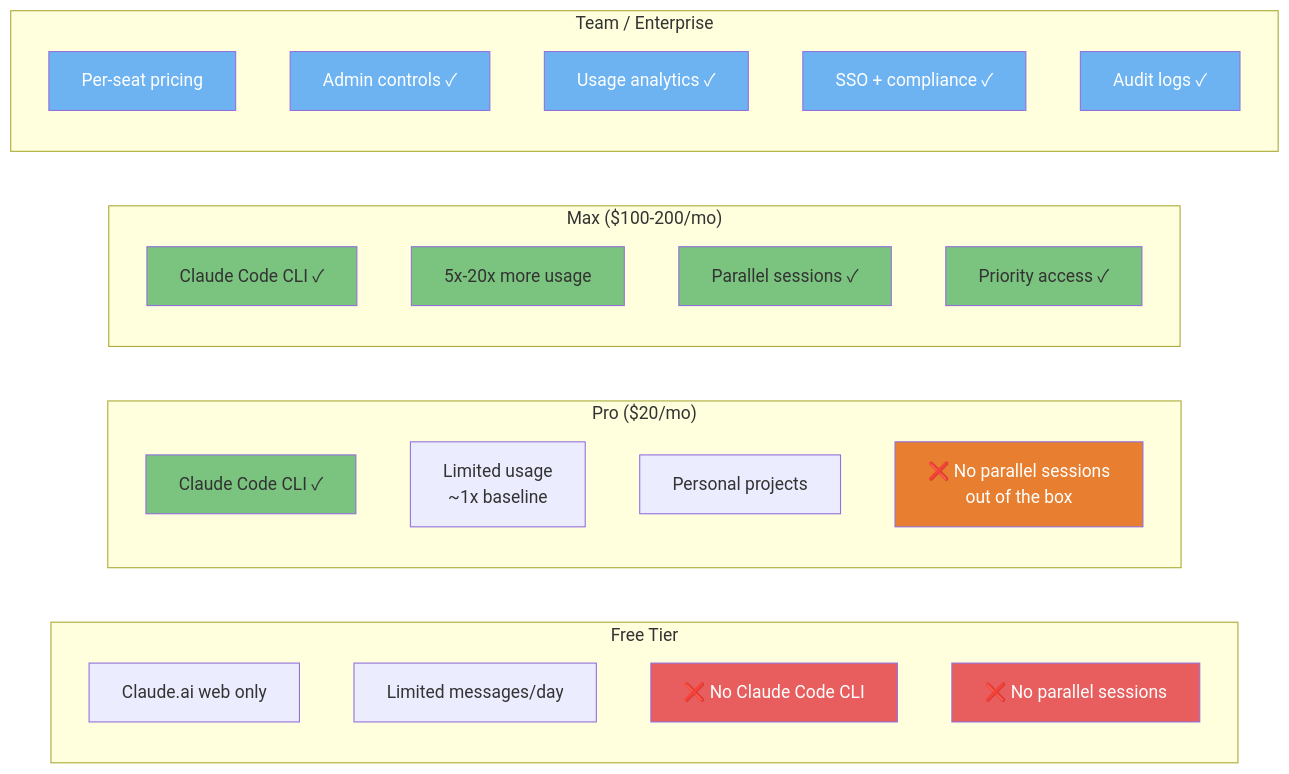
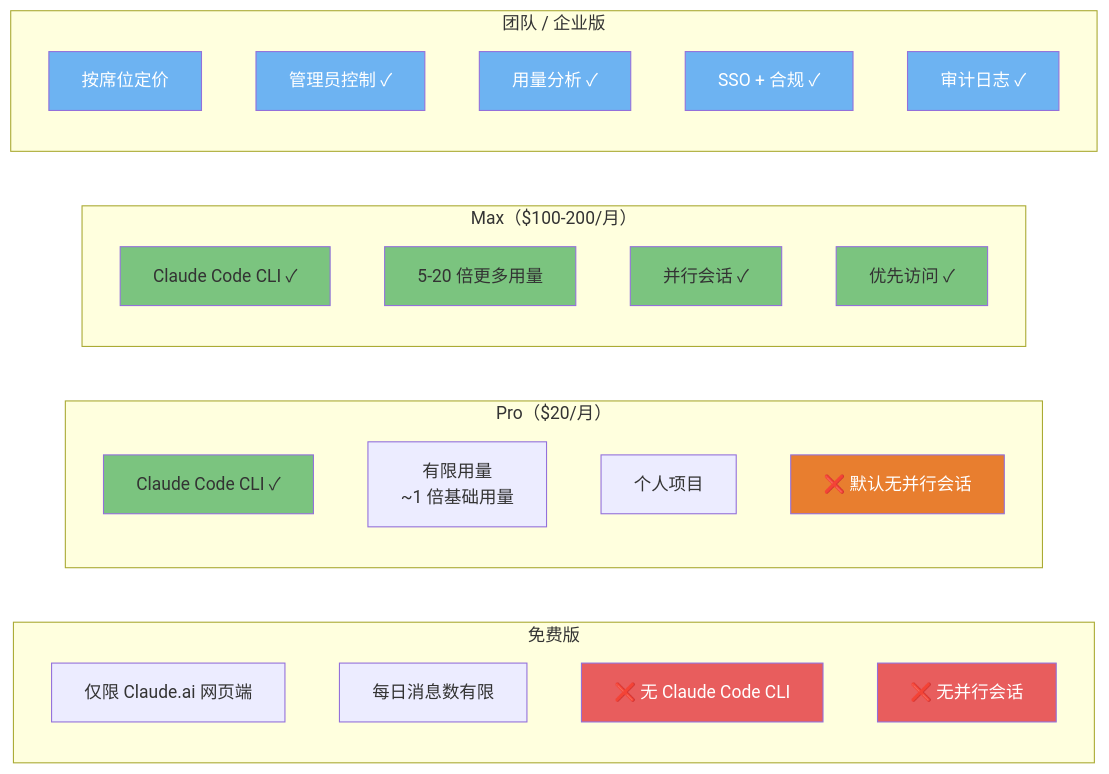
The third of 4 diagrams in claude-code/diagrams/09-cost-and-optimization.md (lawrencewzen/aispark-wiki), drawn with Mermaid before and after one commit. The commit also changed other lines of this file and 82 other files, not shown here.

First line of the commit message:
feat: 完成 claude-code/ 目录全量中文翻译

````diff
--- a/claude-code/diagrams/09-cost-and-optimization.md
+++ b/claude-code/diagrams/09-cost-and-optimization.md
@@ -182,63 +182,63 @@
 ```mermaid
 flowchart LR
-    subgraph FREE["Free Tier"]
-        F1[Claude.ai web only]
-        F2[Limited messages/day]
-        F3[❌ No Claude Code CLI]
-        F4[❌ No parallel sessions]
+    subgraph FREE["免费版"]
+        F1[仅限 Claude.ai 网页端]
+        F2[每日消息数有限]
+        F3[❌ 无 Claude Code CLI]
+        F4[❌ 无并行会话]
     end
 
-    subgraph PRO["Pro ($20/mo)"]
+    subgraph PRO["Pro（$20/月）"]
         P1[Claude Code CLI ✓]
-        P2[Limited usage<br/>~1x baseline]
-        P3[Personal projects]
-        P4[❌ No parallel sessions<br/>out of the box]
+        P2[有限用量<br/>~1 倍基础用量]
+        P3[个人项目]
+        P4[❌ 默认无并行会话]
     end
 
-    subgraph MAX["Max ($100-200/mo)"]
+    subgraph MAX["Max（$100-200/月）"]
         M1[Claude Code CLI ✓]
-        M2[5x-20x more usage]
-        M3[Parallel sessions ✓]
-        M4[Priority access ✓]
+        M2[5-20 倍更多用量]
+        M3[并行会话 ✓]
+        M4[优先访问 ✓]
     end
 
-    subgraph TEAM["Team / Enterprise"]
-        T1[Per-seat pricing]
-        T2[Admin controls ✓]
-        T3[Usage analytics ✓]
-        T4[SSO + compliance ✓]
-        T5[Audit logs ✓]
+    subgraph TEAM["团队 / 企业版"]
+        T1[按席位定价]
+        T2[管理员控制 ✓]
+        T3[用量分析 ✓]
+        T4[SSO + 合规 ✓]
+        T5[审计日志 ✓]
     end
 
     style F3 fill:#E85D5D,color:#fff
     style F4 fill:#E85D5D,color:#fff
     style P4 fill:#E87E2F,color:#fff
     style P1 fill:#7BC47F,color:#333
     style M1 fill:#7BC47F,color:#333
     style M2 fill:#7BC47F,color:#333
     style M3 fill:#7BC47F,color:#333
     style M4 fill:#7BC47F,color:#333
     style T1 fill:#6DB3F2,color:#fff
     style T2 fill:#6DB3F2,color:#fff
     style T3 fill:#6DB3F2,color:#fff
     style T4 fill:#6DB3F2,color:#fff
     style T5 fill:#6DB3F2,color:#fff
 
-    click F1 href "https://github.com/claude-code-ultimate-guide/claude-code-ultimate-guide/blob/main/guide/ultimate-guide.md#25-model-selection--thinking-guide" "Free: Claude.ai web only"
-    click F2 href "https://github.com/claude-code-ultimate-guide/claude-code-ultimate-guide/blob/main/guide/ultimate-guide.md#25-model-selection--thinking-guide" "Free: Limited messages"
-    click F3 href "https://github.com/claude-code-ultimate-guide/claude-code-ultimate-guide/blob/main/guide/ultimate-guide.md#25-model-selection--thinking-guide" "Free: No CLI"
-    click F4 href "https://github.com/claude-code-ultimate-guide/claude-code-ultimate-guide/blob/main/guide/ultimate-guide.md#25-model-selection--thinking-guide" "Free: No parallel sessions"
-    click P1 href "https://github.com/claude-code-ultimate-guide/claude-code-ultimate-guide/blob/main/guide/ultimate-guide.md#25-model-selection--thinking-guide" "Pro: Claude Code CLI"
-    click P2 href "https://github.com/claude-code-ultimate-guide/claude-code-ultimate-guide/blob/main/guide/ultimate-guide.md#25-model-selection--thinking-guide" "Pro: Limited usage"
-    click P3 href "https://github.com/claude-code-ultimate-guide/claude-code-ultimate-guide/blob/main/guide/ultimate-guide.md#25-model-selection--thinking-guide" "Pro: Personal projects"
-    click P4 href "https://github.com/claude-code-ultimate-guide/claude-code-ultimate-guide/blob/main/guide/ultimate-guide.md#25-model-selection--thinking-guide" "Pro: No parallel sessions"
-    click M1 href "https://github.com/claude-code-ultimate-guide/claude-code-ultimate-guide/blob/main/guide/ultimate-guide.md#25-model-selection--thinking-guide" "Max: Claude Code CLI"
-    click M2 href "https://github.com/claude-code-ultimate-guide/claude-code-ultimate-guide/blob/main/guide/ultimate-guide.md#25-model-selection--thinking-guide" "Max: 5x-20x usage"
-    click M3 href "https://github.com/claude-code-ultimate-guide/claude-code-ultimate-guide/blob/main/guide/ultimate-guide.md#25-model-selection--thinking-guide" "Max: Parallel sessions"
-    click M4 href "https://github.com/claude-code-ultimate-guide/claude-code-ultimate-guide/blob/main/guide/ultimate-guide.md#25-model-selection--thinking-guide" "Max: Priority access"
-    click T1 href "https://github.com/claude-code-ultimate-guide/claude-code-ultimate-guide/blob/main/guide/ultimate-guide.md#25-model-selection--thinking-guide" "Team: Per-seat pricing"
-    click T2 href "https://github.com/claude-code-ultimate-guide/claude-code-ultimate-guide/blob/main/guide/ultimate-guide.md#25-model-selection--thinking-guide" "Team: Admin controls"
-    click T3 href "https://github.com/claude-code-ultimate-guide/claude-code-ultimate-guide/blob/main/guide/ultimate-guide.md#25-model-selection--thinking-guide" "Team: Usage analytics"
-    click T4 href "https://github.com/claude-code-ultimate-guide/claude-code-ultimate-guide/blob/main/guide/ultimate-guide.md#25-model-selection--thinking-guide" "Team: SSO + compliance"
-    click T5 href "https://github.com/claude-code-ultimate-guide/claude-code-ultimate-guide/blob/main/guide/ultimate-guide.md#25-model-selection--thinking-guide" "Team: Audit logs"
+    click F1 href "https://github.com/claude-code-ultimate-guide/claude-code-ultimate-guide/blob/main/guide/ultimate-guide.md#25-model-selection--thinking-guide" "免费：仅限 Claude.ai 网页端"
+    click F2 href "https://github.com/claude-code-ultimate-guide/claude-code-ultimate-guide/blob/main/guide/ultimate-guide.md#25-model-selection--thinking-guide" "免费：消息数有限"
+    click F3 href "https://github.com/claude-code-ultimate-guide/claude-code-ultimate-guide/blob/main/guide/ultimate-guide.md#25-model-selection--thinking-guide" "免费：无 CLI"
+    click F4 href "https://github.com/claude-code-ultimate-guide/claude-code-ultimate-guide/blob/main/guide/ultimate-guide.md#25-model-selection--thinking-guide" "免费：无并行会话"
+    click P1 href "https://github.com/claude-code-ultimate-guide/claude-code-ultimate-guide/blob/main/guide/ultimate-guide.md#25-model-selection--thinking-guide" "Pro：Claude Code CLI"
+    click P2 href "https://github.com/claude-code-ultimate-guide/claude-code-ultimate-guide/blob/main/guide/ultimate-guide.md#25-model-selection--thinking-guide" "Pro：有限用量"
+    click P3 href "https://github.com/claude-code-ultimate-guide/claude-code-ultimate-guide/blob/main/guide/ultimate-guide.md#25-model-selection--thinking-guide" "Pro：个人项目"
+    click P4 href "https://github.com/claude-code-ultimate-guide/claude-code-ultimate-guide/blob/main/guide/ultimate-guide.md#25-model-selection--thinking-guide" "Pro：无并行会话"
+    click M1 href "https://github.com/claude-code-ultimate-guide/claude-code-ultimate-guide/blob/main/guide/ultimate-guide.md#25-model-selection--thinking-guide" "Max：Claude Code CLI"
+    click M2 href "https://github.com/claude-code-ultimate-guide/claude-code-ultimate-guide/blob/main/guide/ultimate-guide.md#25-model-selection--thinking-guide" "Max：5-20 倍用量"
+    click M3 href "https://github.com/claude-code-ultimate-guide/claude-code-ultimate-guide/blob/main/guide/ultimate-guide.md#25-model-selection--thinking-guide" "Max：并行会话"
+    click M4 href "https://github.com/claude-code-ultimate-guide/claude-code-ultimate-guide/blob/main/guide/ultimate-guide.md#25-model-selection--thinking-guide" "Max：优先访问"
+    click T1 href "https://github.com/claude-code-ultimate-guide/claude-code-ultimate-guide/blob/main/guide/ultimate-guide.md#25-model-selection--thinking-guide" "团队：按席位定价"
+    click T2 href "https://github.com/claude-code-ultimate-guide/claude-code-ultimate-guide/blob/main/guide/ultimate-guide.md#25-model-selection--thinking-guide" "团队：管理员控制"
+    click T3 href "https://github.com/claude-code-ultimate-guide/claude-code-ultimate-guide/blob/main/guide/ultimate-guide.md#25-model-selection--thinking-guide" "团队：用量分析"
+    click T4 href "https://github.com/claude-code-ultimate-guide/claude-code-ultimate-guide/blob/main/guide/ultimate-guide.md#25-model-selection--thinking-guide" "团队：SSO + 合规"
+    click T5 href "https://github.com/claude-code-ultimate-guide/claude-code-ultimate-guide/blob/main/guide/ultimate-guide.md#25-model-selection--thinking-guide" "团队：审计日志"
 ```
````
